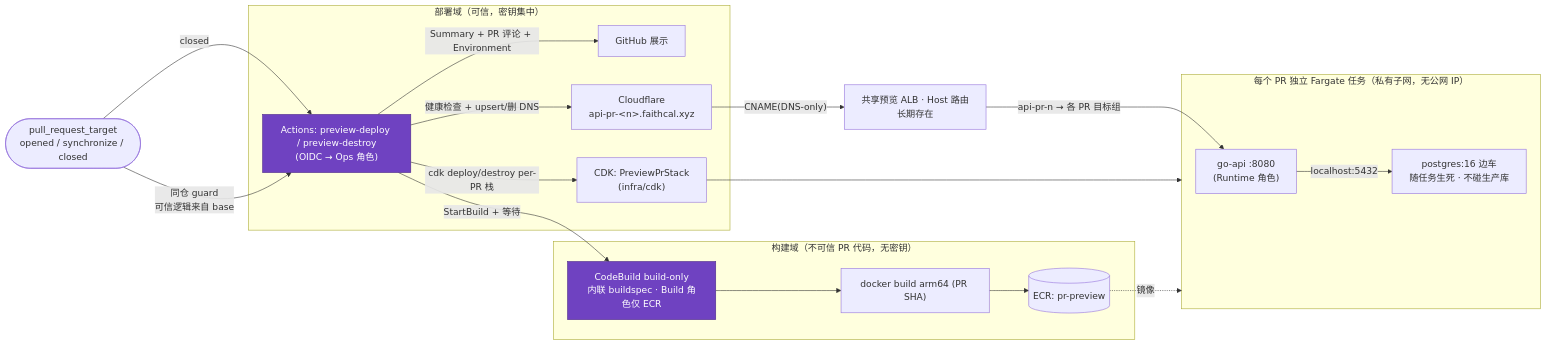
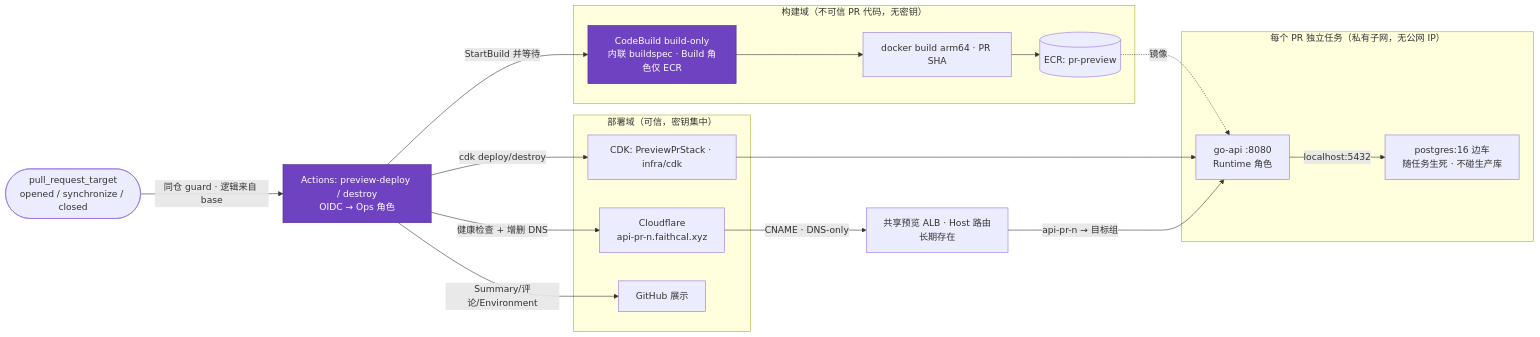
The sixth of 8 diagrams in docs/架构图.md (PrettyKing/github-repositories-fllow), drawn with Mermaid before and after one commit. The commit also changed other lines of this file, not shown here.

Commit message:
docs: mermaid 8.8.3 兼容 — 边移出 subgraph、不再指向 subgraph id(图5/7/3)
老版 mermaid 不支持「边定义在 subgraph 内部跨子图引用」与「边指向 subgraph id」；
把图5/7/3 的边统一移到顶层、只指向节点（与已渲染的图3同构）。图1/2/6 已合规。

````diff
--- a/docs/架构图.md
+++ b/docs/架构图.md
@@ -209,30 +209,37 @@
 ```mermaid
 graph LR
     PR(["pull_request_target<br/>opened / synchronize / closed"])
-    PR -->|"同仓 guard<br/>可信逻辑来自 base"| WF["Actions: preview-deploy / preview-destroy<br/>(OIDC → Ops 角色)"]
+    WF["Actions: preview-deploy / destroy<br/>OIDC → Ops 角色"]
+    ALB["共享预览 ALB · Host 路由<br/>长期存在"]
 
     subgraph BUILD["构建域（不可信 PR 代码，无密钥）"]
         CB["CodeBuild build-only<br/>内联 buildspec · Build 角色仅 ECR"]
-        CB --> Img["docker build arm64 (PR SHA)"]
-        Img --> ECR2[("ECR: pr-preview")]
+        Img["docker build arm64 · PR SHA"]
+        ECR2[("ECR: pr-preview")]
     end
     subgraph DEPLOY["部署域（可信，密钥集中）"]
-        WF -->|StartBuild + 等待| CB
-        WF -->|"cdk deploy/destroy per-PR 栈"| Stack["CDK: PreviewPrStack<br/>(infra/cdk)"]
-        WF -->|"健康检查 + upsert/删 DNS"| CFD["Cloudflare<br/>api-pr-&lt;n&gt;.faithcal.xyz"]
-        WF -->|"Summary + PR 评论 + Environment"| GH["GitHub 展示"]
+        Stack["CDK: PreviewPrStack · infra/cdk"]
+        CFD["Cloudflare<br/>api-pr-n.faithcal.xyz"]
+        GH["GitHub 展示"]
     end
-    subgraph ENV["每个 PR 独立 Fargate 任务（私有子网，无公网 IP）"]
-        GoP["go-api :8080<br/>(Runtime 角色)"]
+    subgraph ENV["每个 PR 独立任务（私有子网，无公网 IP）"]
+        GoP["go-api :8080<br/>Runtime 角色"]
         PG["postgres:16 边车<br/>随任务生死 · 不碰生产库"]
-        GoP -->|localhost:5432| PG
     end
-    ECR2 -.镜像.-> ENV
-    Stack --> ENV
-    CFD -->|"CNAME(DNS-only)"| ALB["共享预览 ALB · Host 路由<br/>长期存在"]
-    ALB -->|"api-pr-n → 各 PR 目标组"| GoP
-    PR -->|closed| WF
+
+    PR -->|"同仓 guard · 逻辑来自 base"| WF
+    WF -->|"StartBuild 并等待"| CB
+    CB --> Img
+    Img --> ECR2
+    WF -->|"cdk deploy/destroy"| Stack
+    WF -->|"健康检查 + 增删 DNS"| CFD
+    WF -->|"Summary/评论/Environment"| GH
+    GoP -->|"localhost:5432"| PG
+    ECR2 -.->|镜像| GoP
+    Stack --> GoP
+    CFD -->|"CNAME · DNS-only"| ALB
+    ALB -->|"api-pr-n → 目标组"| GoP
 
     classDef role fill:#6f42c1,stroke:#4c2889,color:#fff
     class WF,CB role
 ```
````
